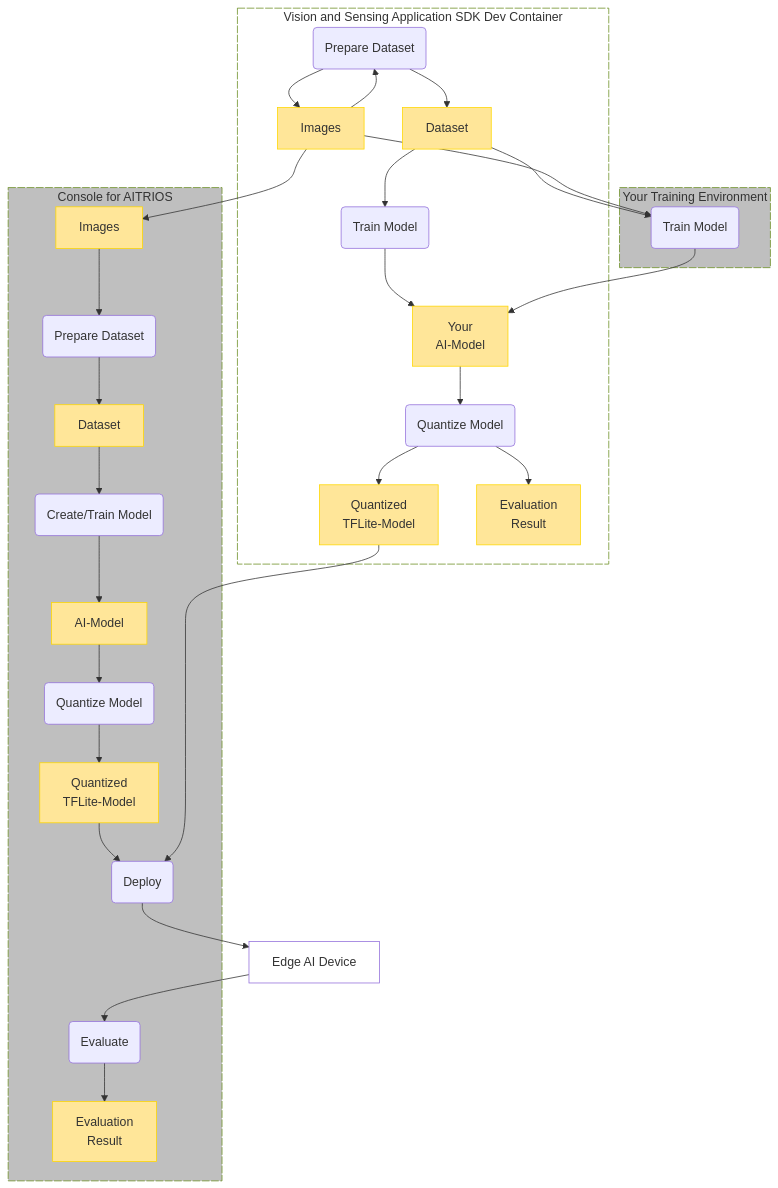
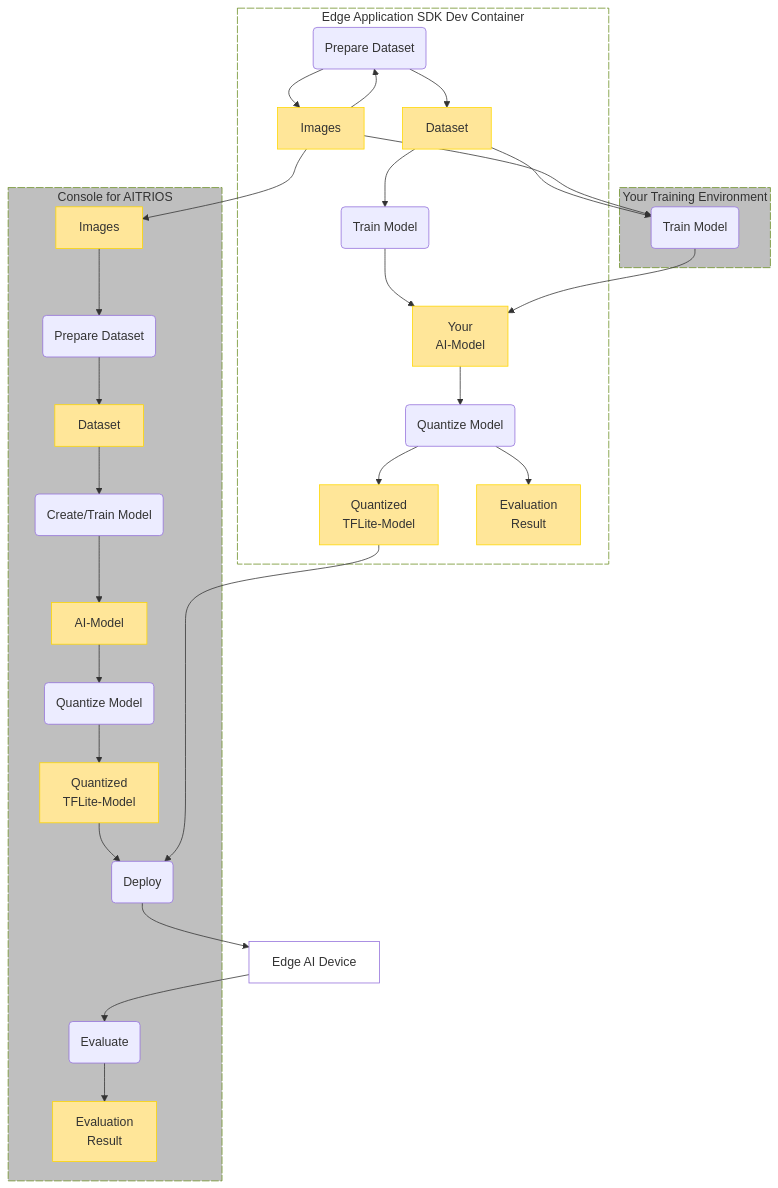
One commit to ZucchiniTang/aitrios-sdk-vision-sensing-app changed the second of 3 diagrams in README.md. Above: the diagram before and after it, drawn with Mermaid. The commit also changed other lines of this file and 170 other files, not shown here.

````diff
--- a/README.md
+++ b/README.md
@@ -74,75 +74,75 @@
 ```mermaid
 %%{init: {'theme': 'default'}}%%
 graph TB;
     style DevContainer fill:#FFFFFF, stroke:#6b8e23, stroke-dasharray: 10 2
     style Console fill:#BFBFBF, stroke:#6b8e23, stroke-dasharray: 10 2
     style your_env fill:#BFBFBF, stroke:#6b8e23, stroke-dasharray: 10 2
 
     classDef object fill:#FFE699, stroke:#FFD700
     classDef device fill:#FFFFFF
 
     prepare_sdk(Prepare Dataset)
     train_sdk(Train Model)
     quantize_sdk(Quantize Model)
 
     train_yours(Train Model)
 
     prepare_console(Prepare Dataset)
     train_console(Create/Train Model)
     quantize_console(Quantize Model)
     deploy_console(Deploy)
     eval_console(Evaluate)
 
     img_sdk[Images]:::object
     img_console[Images]:::object
     data_sdk[Dataset]:::object
     data_console[Dataset]:::object
     ai_model[AI-Model]:::object
     custom_model[Your<br>AI-Model]:::object
     quantize_model_sdk[Quantized<br>TFLite-Model]:::object
     quantize_model_console[Quantized<br>TFLite-Model]:::object
     eval_result_sdk[Evaluation<br>Result]:::object
     eval_result_console[Evaluation<br>Result]:::object
 
     device[Edge AI Device]:::device
 
     subgraph your_env[Your Training Environment]
         train_yours
     end
 
     subgraph Console["Console for AITRIOS"]
         img_console --> prepare_console
         prepare_console --> data_console
 
         data_console --> train_console
         train_console --> ai_model
         ai_model --> quantize_console
         quantize_console --> quantize_model_console
         quantize_model_console --> deploy_console
         eval_console --> eval_result_console
         
     end
 
     deploy_console --> device
     device --> eval_console
 
-    subgraph DevContainer[Vision and Sensing Application SDK Dev Container]
+    subgraph DevContainer[Edge Application SDK Dev Container]
         prepare_sdk --> img_sdk
         img_sdk --> prepare_sdk
         prepare_sdk --> data_sdk
         data_sdk --> train_sdk
         train_sdk --> custom_model
         custom_model --> quantize_sdk
         %%img_sdk --> quantize_sdk
         quantize_sdk --> quantize_model_sdk
         quantize_sdk --> eval_result_sdk
     end
 
     data_sdk --> train_yours
     img_sdk --> train_yours
     train_yours --> custom_model
     img_sdk --> img_console
     quantize_model_sdk --> deploy_console
 
 
 ```
````
